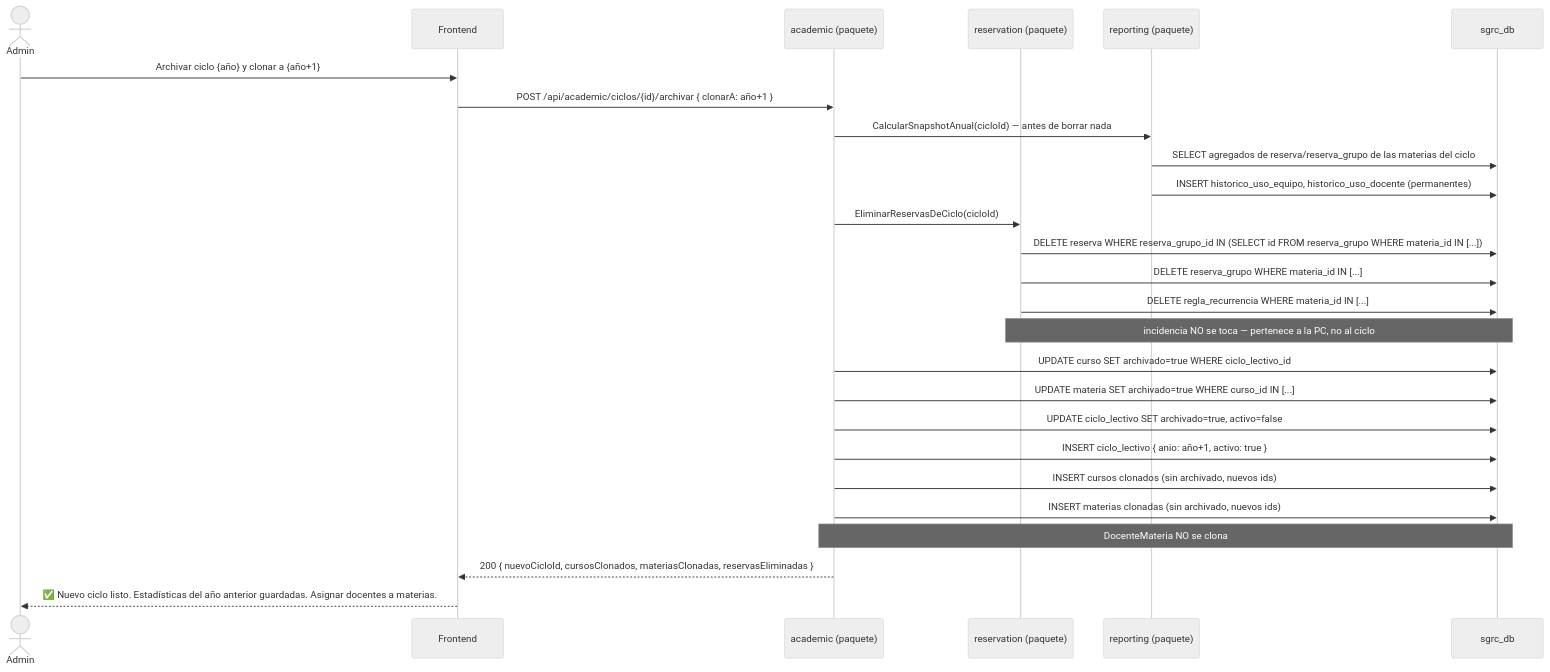
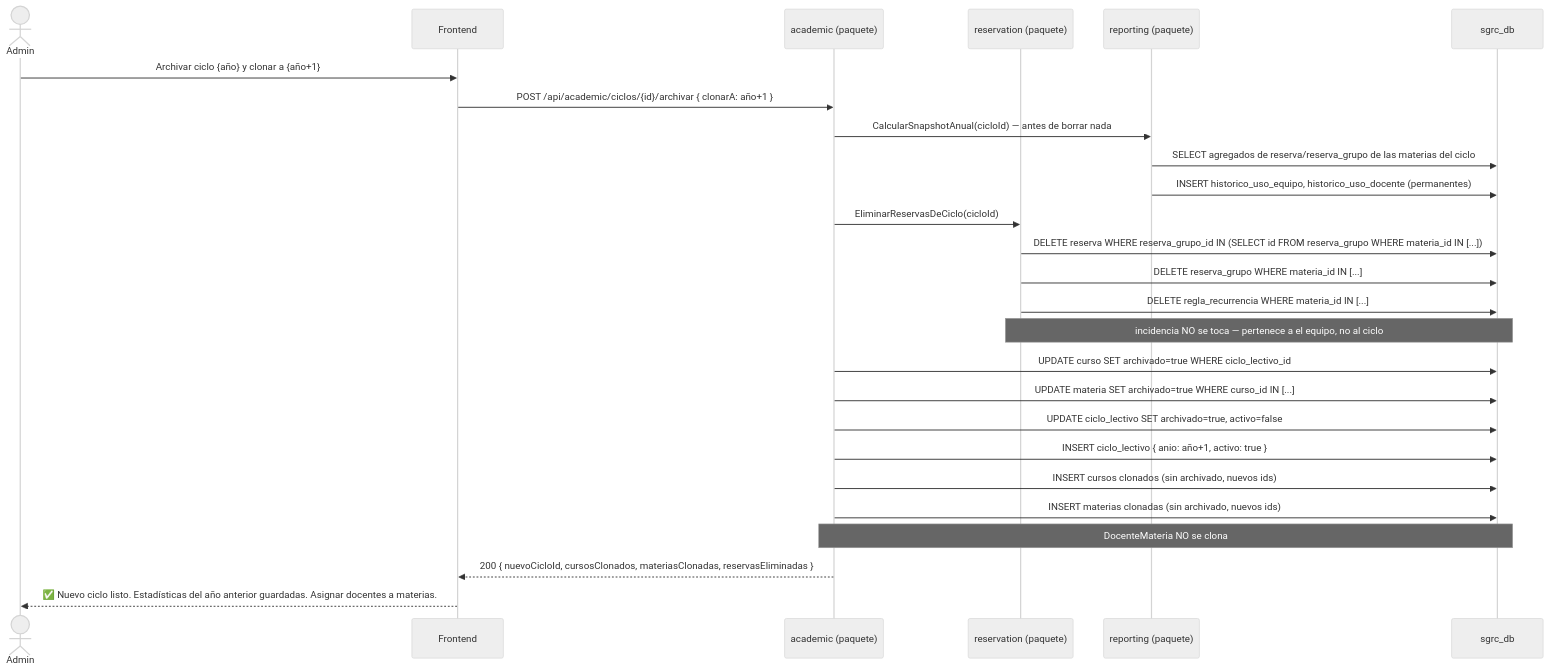
The ninth of 13 diagrams in docs/04-diagramas-secuencia.md (agustin-y2k/sgrc), drawn with Mermaid (neutral theme) before and after one commit. The commit also changed other lines of this file and 81 other files, not shown here.

````diff
--- a/docs/04-diagramas-secuencia.md
+++ b/docs/04-diagramas-secuencia.md
@@ -272,29 +272,29 @@
 ```mermaid
 sequenceDiagram
     actor ADM as Admin
     participant FE as Frontend
     participant ACAD as academic (paquete)
     participant RES as reservation (paquete)
     participant REP as reporting (paquete)
     participant DB as sgrc_db
 
     ADM->>FE: Archivar ciclo {año} y clonar a {año+1}
     FE->>ACAD: POST /api/academic/ciclos/{id}/archivar { clonarA: año+1 }
     ACAD->>REP: CalcularSnapshotAnual(cicloId) — antes de borrar nada
     REP->>DB: SELECT agregados de reserva/reserva_grupo de las materias del ciclo
     REP->>DB: INSERT historico_uso_equipo, historico_uso_docente (permanentes)
     ACAD->>RES: EliminarReservasDeCiclo(cicloId)
     RES->>DB: DELETE reserva WHERE reserva_grupo_id IN (SELECT id FROM reserva_grupo WHERE materia_id IN [...])
     RES->>DB: DELETE reserva_grupo WHERE materia_id IN [...]
     RES->>DB: DELETE regla_recurrencia WHERE materia_id IN [...]
-    Note over RES,DB: incidencia NO se toca — pertenece a la PC, no al ciclo
+    Note over RES,DB: incidencia NO se toca — pertenece a el equipo, no al ciclo
     ACAD->>DB: UPDATE curso SET archivado=true WHERE ciclo_lectivo_id
     ACAD->>DB: UPDATE materia SET archivado=true WHERE curso_id IN [...]
     ACAD->>DB: UPDATE ciclo_lectivo SET archivado=true, activo=false
     ACAD->>DB: INSERT ciclo_lectivo { anio: año+1, activo: true }
     ACAD->>DB: INSERT cursos clonados (sin archivado, nuevos ids)
     ACAD->>DB: INSERT materias clonadas (sin archivado, nuevos ids)
     Note over ACAD,DB: DocenteMateria NO se clona
     ACAD-->>FE: 200 { nuevoCicloId, cursosClonados, materiasClonadas, reservasEliminadas }
     FE-->>ADM: ✅ Nuevo ciclo listo. Estadísticas del año anterior guardadas. Asignar docentes a materias.
 ```
````
